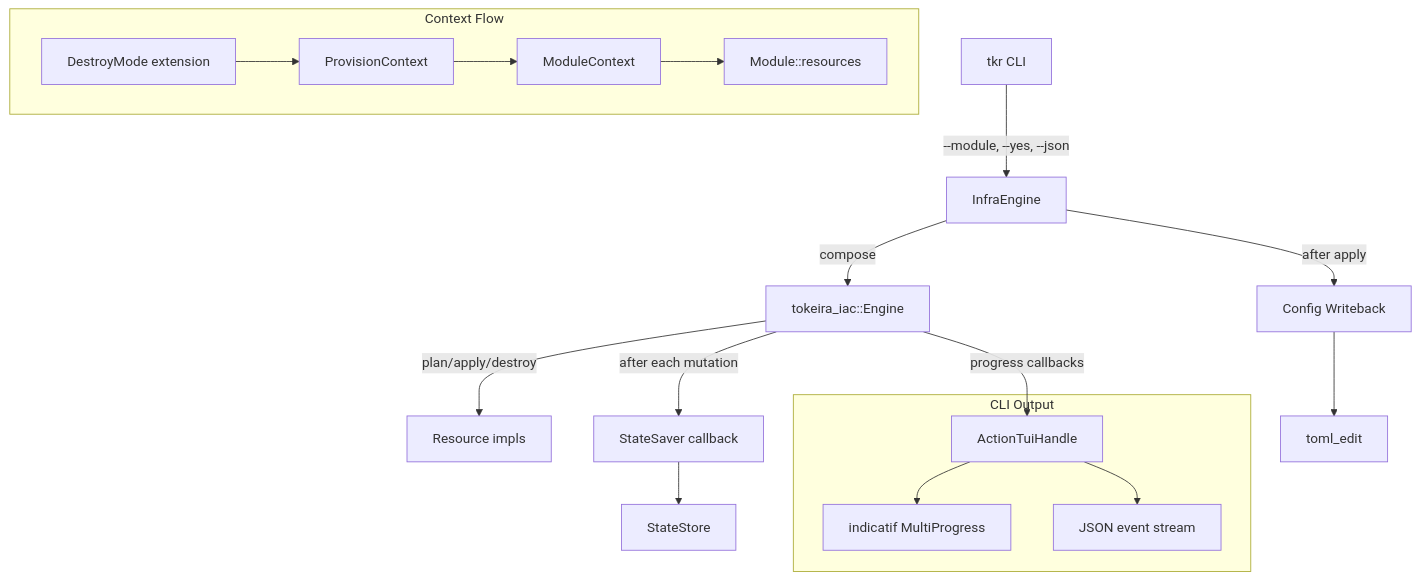
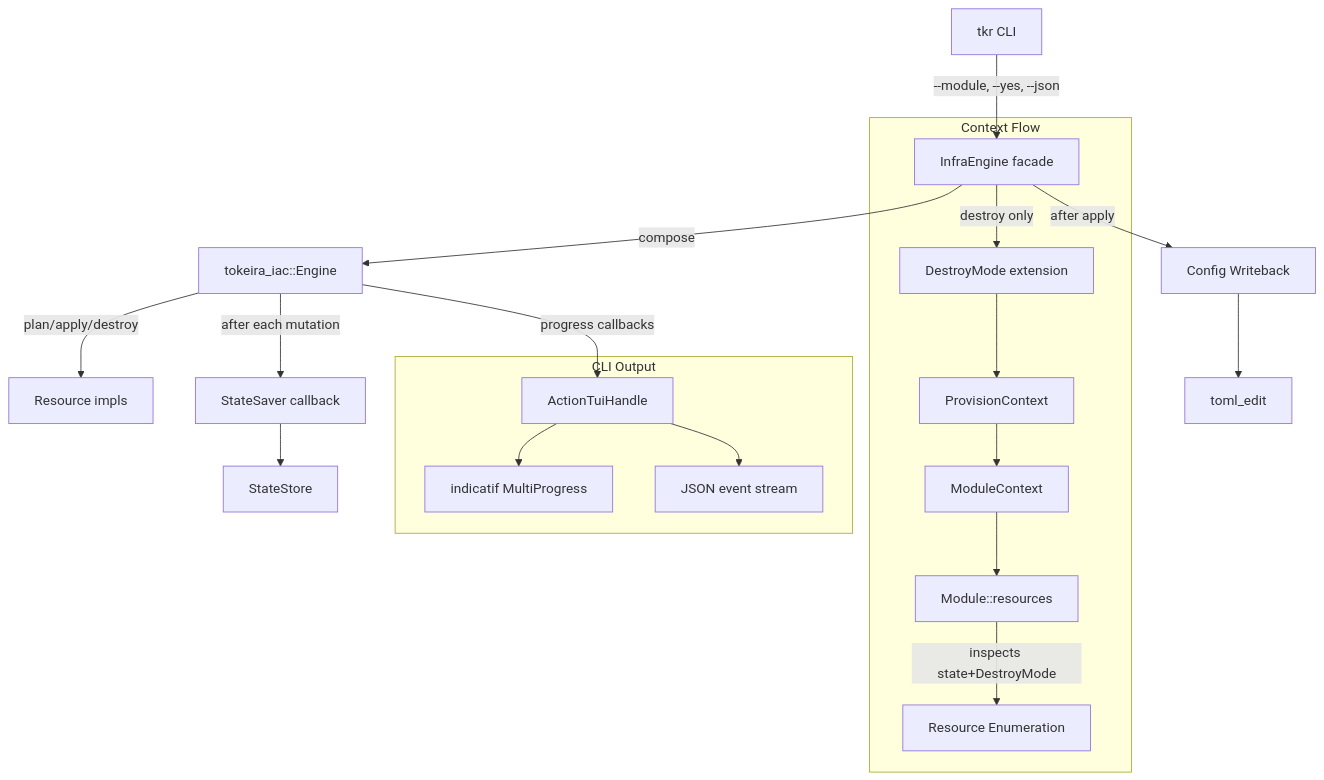
Before and after one commit to tokeira/tokeira: the diagram in .kiro/specs/iac-resource-lifecycle/design.md, drawn with Mermaid. The commit also changed other lines of this file and 2 other files, not shown here.

First line of the commit message:
spec(iac-resource-lifecycle): remove generic ResourceMode in favour of the effective_managed convention

````diff
--- a/.kiro/specs/iac-resource-lifecycle/design.md
+++ b/.kiro/specs/iac-resource-lifecycle/design.md
@@ -19,23 +22,25 @@
 ```mermaid
 graph TD
-    CLI[tkr CLI] -->|"--module, --yes, --json"| Orchestrator[InfraEngine]
+    CLI[tkr CLI] -->|"--module, --yes, --json"| Orchestrator[InfraEngine facade]
     Orchestrator -->|compose| Engine[tokeira_iac::Engine]
     Engine -->|plan/apply/destroy| Resources[Resource impls]
     Engine -->|after each mutation| StateSaver[StateSaver callback]
     StateSaver --> StateStore[StateStore<InfraState>]
-    
+
     subgraph "Context Flow"
-        DestroyMode[DestroyMode extension] --> ProvisionContext
+        Orchestrator -->|destroy only| DestroyMode[DestroyMode extension]
+        DestroyMode --> ProvisionContext
         ProvisionContext --> ModuleContext
         ModuleContext --> Module[Module::resources]
+        Module -->|inspects state+DestroyMode| ResourceEnumeration[Resource Enumeration]
     end
-    
+
     subgraph "CLI Output"
         ActionTuiHandle --> indicatif[indicatif MultiProgress]
         ActionTuiHandle --> JsonEmitter[JSON event stream]
     end
-    
+
     Engine -->|progress callbacks| ActionTuiHandle
     Orchestrator -->|after apply| Writeback[Config Writeback]
     Writeback --> TOML[toml_edit]
 ```
````
